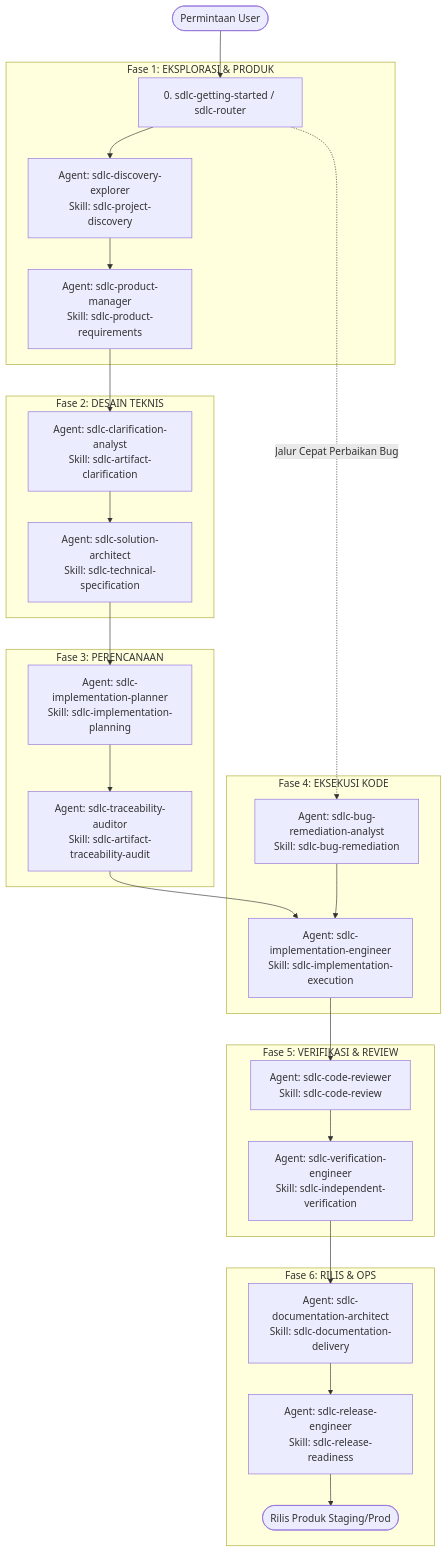
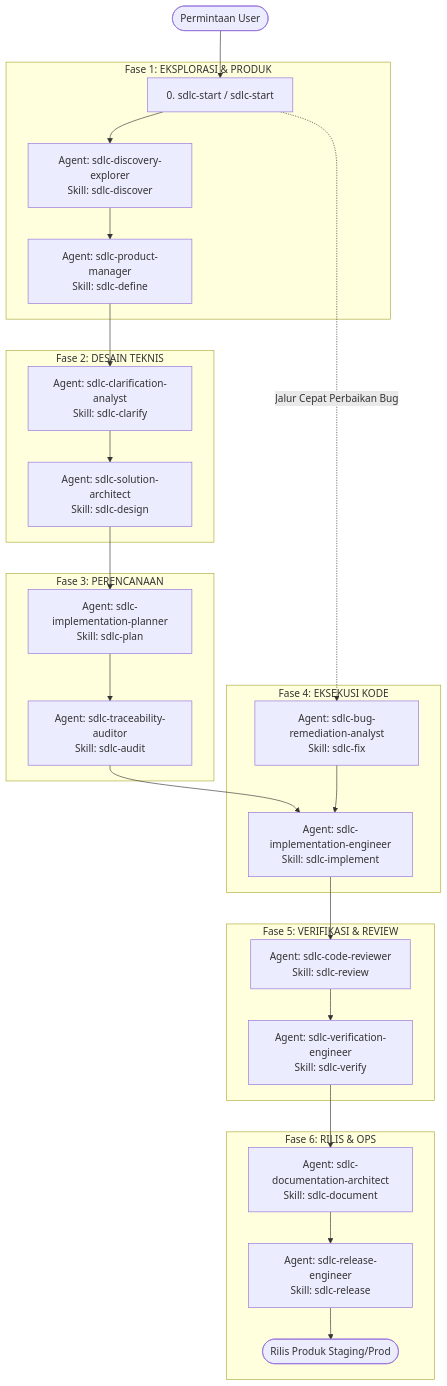
Before and after one commit to coderbuzz/agent-toolkit: the diagram in README.id.md, drawn with Mermaid. The commit also changed other lines of this file and 716 other files, not shown here.

Commit message:
refactor: rename skills to verb-first convention and merge router into sdlc-start

````diff
--- a/README.id.md
+++ b/README.id.md
@@ -78,36 +78,36 @@
 ```mermaid
 flowchart TD
-    Start([Permintaan User]) --> Router["0. sdlc-getting-started / sdlc-router"]
+    Start([Permintaan User]) --> Router["0. sdlc-start / sdlc-start"]
     
     subgraph Fase 1: EKSPLORASI & PRODUK
-        Router --> Explorer["Agent: sdlc-discovery-explorer\nSkill: sdlc-project-discovery"]
-        Explorer --> PM["Agent: sdlc-product-manager\nSkill: sdlc-product-requirements"]
+        Router --> Explorer["Agent: sdlc-discovery-explorer\nSkill: sdlc-discover"]
+        Explorer --> PM["Agent: sdlc-product-manager\nSkill: sdlc-define"]
     end
     
     subgraph Fase 2: DESAIN TEKNIS
-        PM --> Clarify["Agent: sdlc-clarification-analyst\nSkill: sdlc-artifact-clarification"]
-        Clarify --> Architect["Agent: sdlc-solution-architect\nSkill: sdlc-technical-specification"]
+        PM --> Clarify["Agent: sdlc-clarification-analyst\nSkill: sdlc-clarify"]
+        Clarify --> Architect["Agent: sdlc-solution-architect\nSkill: sdlc-design"]
     end
     
     subgraph Fase 3: PERENCANAAN
-        Architect --> Planner["Agent: sdlc-implementation-planner\nSkill: sdlc-implementation-planning"]
-        Planner --> Auditor["Agent: sdlc-traceability-auditor\nSkill: sdlc-artifact-traceability-audit"]
+        Architect --> Planner["Agent: sdlc-implementation-planner\nSkill: sdlc-plan"]
+        Planner --> Auditor["Agent: sdlc-traceability-auditor\nSkill: sdlc-audit"]
     end
     
     subgraph Fase 4: EKSEKUSI KODE
-        Auditor --> Engineer["Agent: sdlc-implementation-engineer\nSkill: sdlc-implementation-execution"]
-        Router -. Jalur Cepat Perbaikan Bug .-> BugAnalyst["Agent: sdlc-bug-remediation-analyst\nSkill: sdlc-bug-remediation"]
+        Auditor --> Engineer["Agent: sdlc-implementation-engineer\nSkill: sdlc-implement"]
+        Router -. Jalur Cepat Perbaikan Bug .-> BugAnalyst["Agent: sdlc-bug-remediation-analyst\nSkill: sdlc-fix"]
         BugAnalyst --> Engineer
     end
     
     subgraph Fase 5: VERIFIKASI & REVIEW
-        Engineer --> Reviewer["Agent: sdlc-code-reviewer\nSkill: sdlc-code-review"]
-        Reviewer --> Verifier["Agent: sdlc-verification-engineer\nSkill: sdlc-independent-verification"]
+        Engineer --> Reviewer["Agent: sdlc-code-reviewer\nSkill: sdlc-review"]
+        Reviewer --> Verifier["Agent: sdlc-verification-engineer\nSkill: sdlc-verify"]
     end
     
     subgraph Fase 6: RILIS & OPS
-        Verifier --> DocArch["Agent: sdlc-documentation-architect\nSkill: sdlc-documentation-delivery"]
-        DocArch --> ReleaseEng["Agent: sdlc-release-engineer\nSkill: sdlc-release-readiness"]
+        Verifier --> DocArch["Agent: sdlc-documentation-architect\nSkill: sdlc-document"]
+        DocArch --> ReleaseEng["Agent: sdlc-release-engineer\nSkill: sdlc-release"]
         ReleaseEng --> Done([Rilis Produk Staging/Prod])
     end
 ```
````
